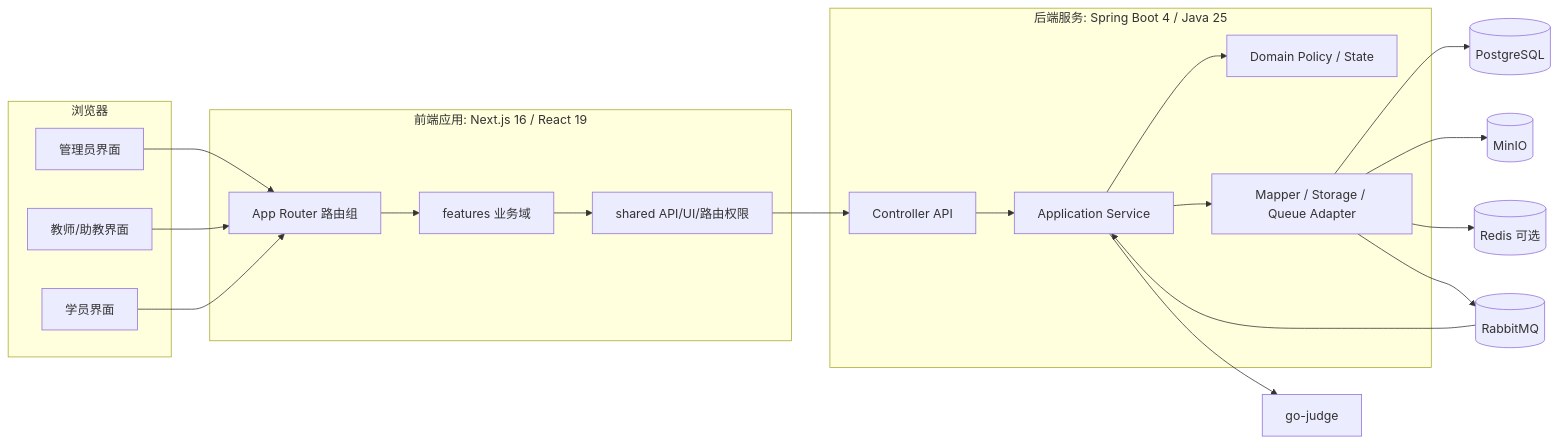
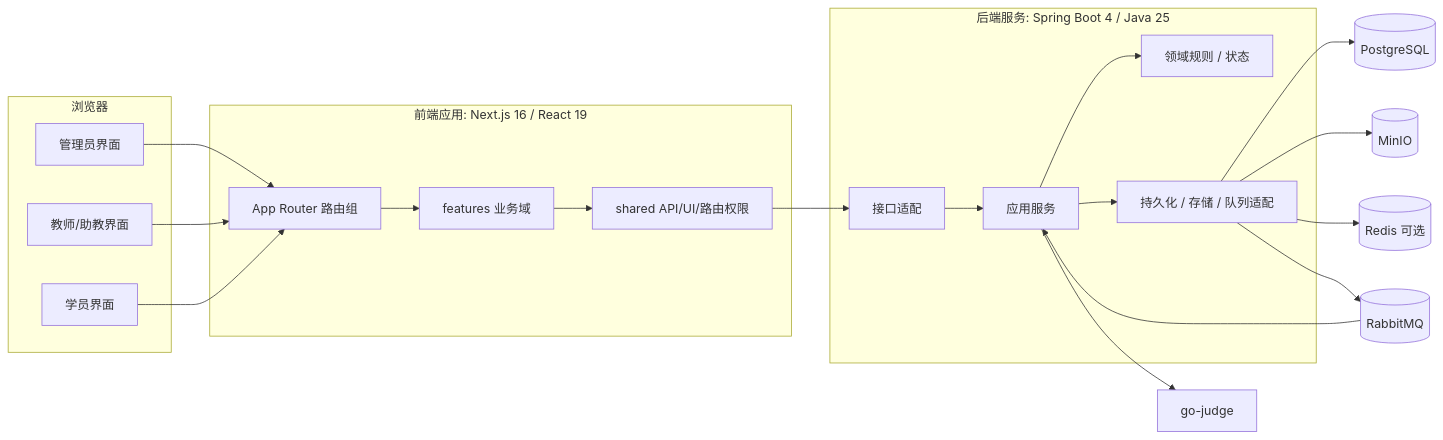
Before and after one commit to BUAA-SEProject/docs: the first of 36 diagrams in 02-process-docs/detailed-design.md, drawn with Mermaid. The commit also changed other lines of this file and 6 other files, not shown here.

````diff
--- a/02-process-docs/detailed-design.md
+++ b/02-process-docs/detailed-design.md
@@ -78,40 +78,40 @@
 ```mermaid
 flowchart LR
   subgraph Browser["浏览器"]
     Admin["管理员界面"]
     Teacher["教师/助教界面"]
     Student["学员界面"]
   end
 
   subgraph Web["前端应用: Next.js 16 / React 19"]
     Routes["App Router 路由组"]
     Features["features 业务域"]
     Shared["shared API/UI/路由权限"]
   end
 
   subgraph Server["后端服务: Spring Boot 4 / Java 25"]
-    Api["Controller API"]
-    App["Application Service"]
-    Domain["Domain Policy / State"]
-    Infra["Mapper / Storage / Queue Adapter"]
+    Api["接口适配"]
+    App["应用服务"]
+    Domain["领域规则 / 状态"]
+    Infra["持久化 / 存储 / 队列适配"]
   end
 
   DB[(PostgreSQL)]
   Obj[(MinIO)]
   MQ[(RabbitMQ)]
   Redis[(Redis 可选)]
   Judge["go-judge"]
 
   Admin --> Routes
   Teacher --> Routes
   Student --> Routes
   Routes --> Features --> Shared
   Shared --> Api
   Api --> App --> Domain
   App --> Infra
   Infra --> DB
   Infra --> Obj
   Infra --> Redis
   Infra --> MQ --> App
   App --> Judge
 ```
````
